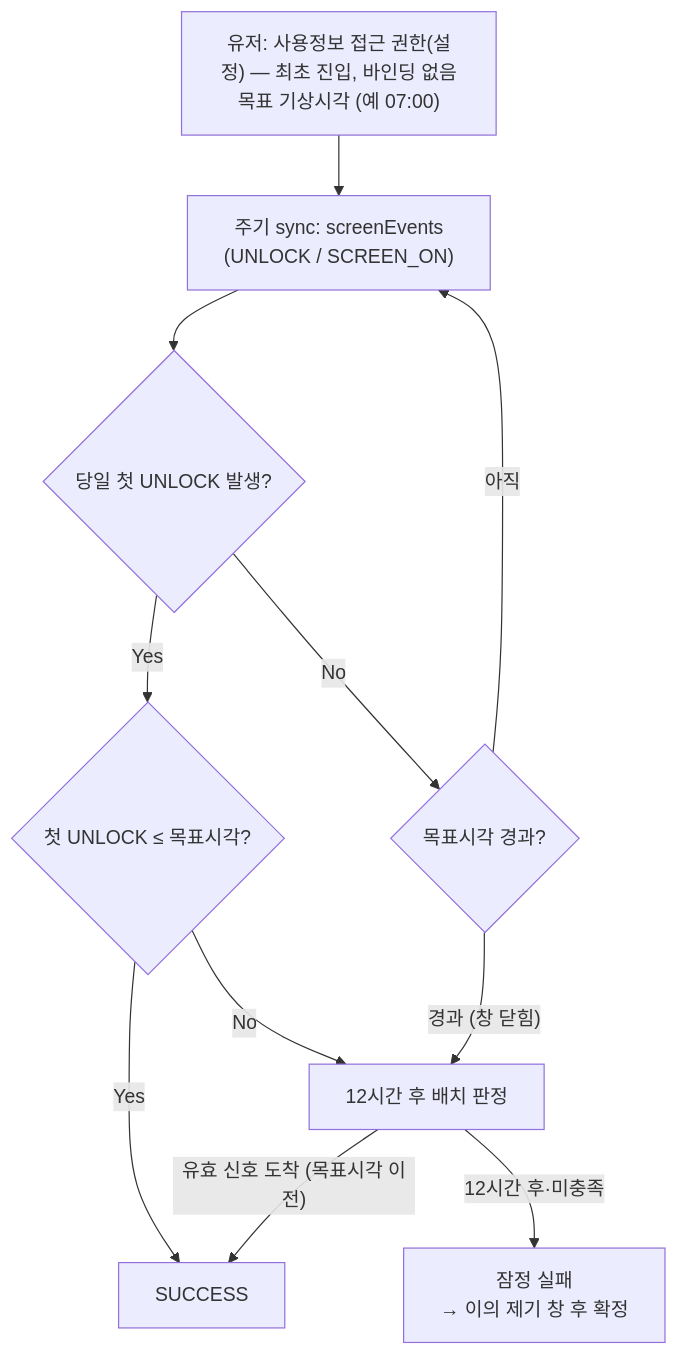
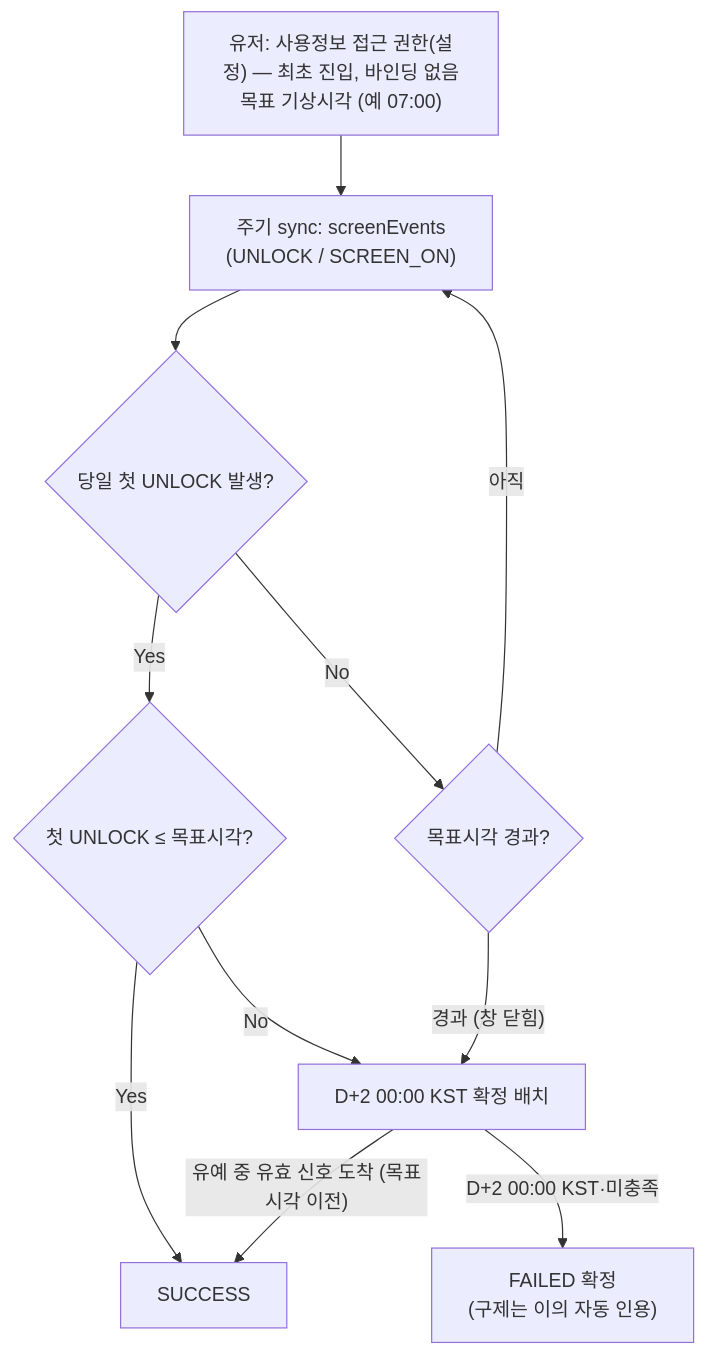
Before and after one commit to RuleUp-ASM/Backend: the seventh of 10 diagrams in docs/check/인증구현.md, drawn with Mermaid. The commit also changed other lines of this file and 7 other files, not shown here.

````diff
--- a/docs/check/인증구현.md
+++ b/docs/check/인증구현.md
@@ -385,14 +391,14 @@
 ```mermaid
 flowchart TD
 A["유저: 사용정보 접근 권한(설정) — 최초 진입, 바인딩 없음<br/>목표 기상시각 (예 07:00)"] --> B["주기 sync: screenEvents<br/>(UNLOCK / SCREEN_ON)"]
 B --> C{"당일 첫 UNLOCK 발생?"}
 C -->|Yes| D{"첫 UNLOCK ≤ 목표시각?"}
 D -->|Yes| OK["SUCCESS"]
-D -->|"No"| W["12시간 후 배치 판정"]
+D -->|"No"| W["D+2 00:00 KST 확정 배치"]
 C -->|No| E{"목표시각 경과?"}
 E -->|아직| B
 E -->|"경과 (창 닫힘)"| W
-W -->|"유효 신호 도착 (목표시각 이전)"| OK
-W -->|"12시간 후·미충족"| F["잠정 실패<br/>→ 이의 제기 창 후 확정"]
+W -->|"유예 중 유효 신호 도착 (목표시각 이전)"| OK
+W -->|"D+2 00:00 KST·미충족"| F["FAILED 확정<br/>(구제는 이의 자동 인용)"]
 
 ```
````
